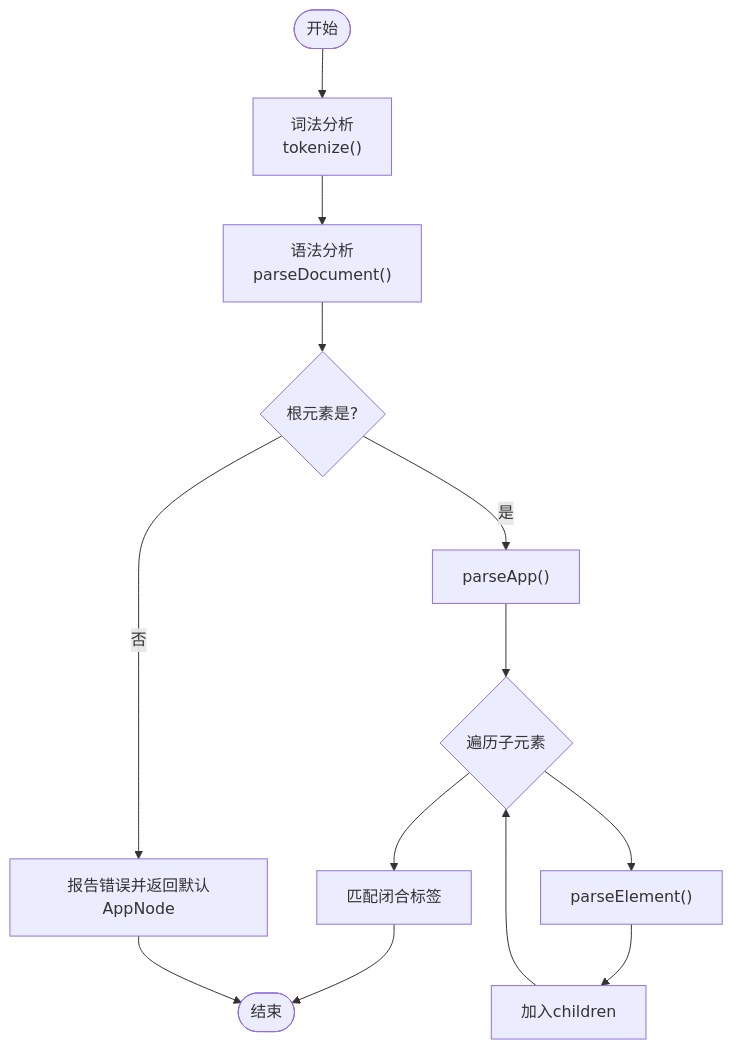
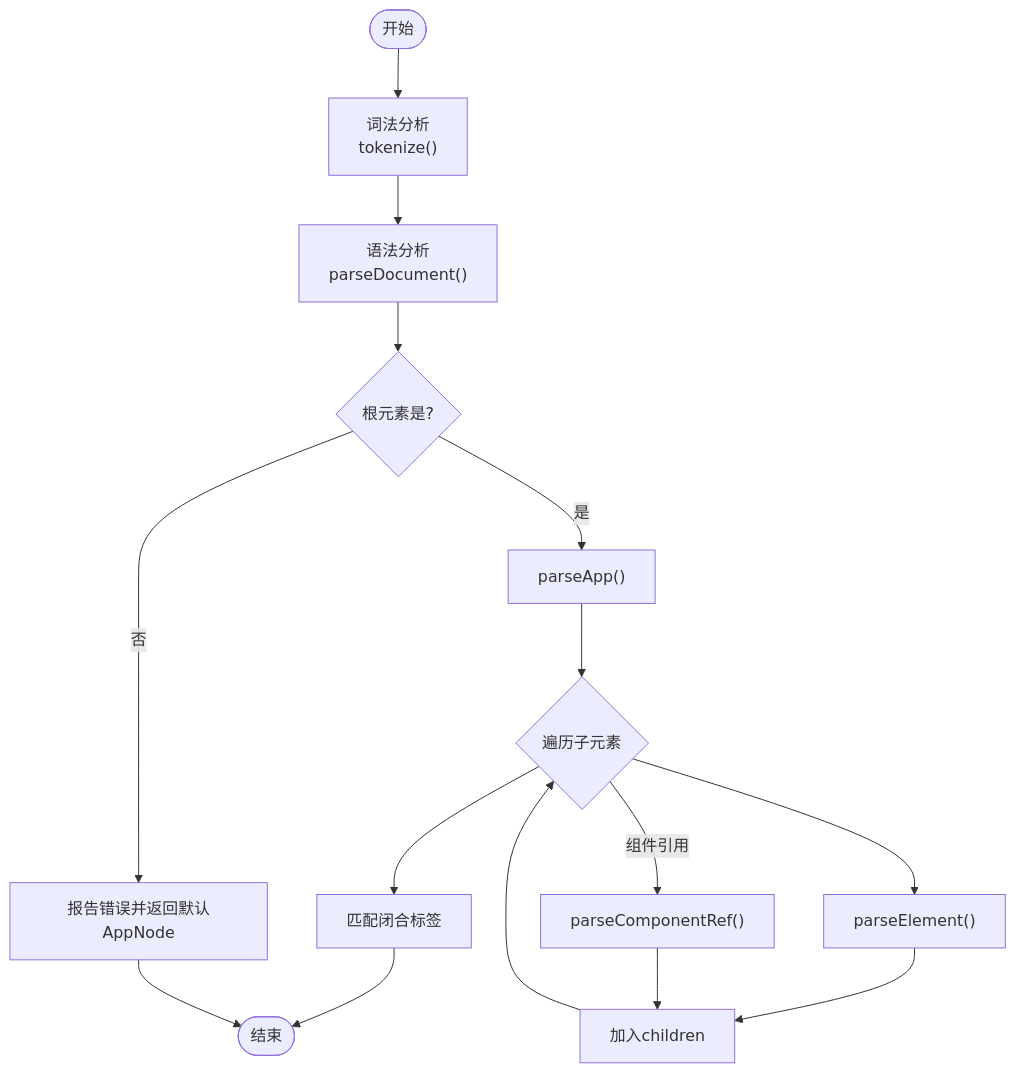
One commit to xingye00186/PHP-Data-UI-Framework-powered-by-swooleAOT changed the fourth of 12 diagrams in .qoder/repowiki/zh/content/SFC编译器系统/SFC编译器系统.md. Above: the diagram before and after it, drawn with Mermaid. The commit also changed other lines of this file and 7 other files, not shown here.

````diff
--- a/.qoder/repowiki/zh/content/SFC编译器系统/SFC编译器系统.md
+++ b/.qoder/repowiki/zh/content/SFC编译器系统/SFC编译器系统.md
@@ -202,15 +248,17 @@
 ```mermaid
 flowchart TD
 Start(["开始"]) --> Tokenize["词法分析<br/>tokenize()"]
 Tokenize --> ParseDoc["语法分析<br/>parseDocument()"]
 ParseDoc --> RootCheck{"根元素是<App>?"}
 RootCheck --> |否| ErrorRoot["报告错误并返回默认AppNode"]
 RootCheck --> |是| ParseApp["parseApp()"]
 ParseApp --> ChildrenLoop{"遍历子元素"}
 ChildrenLoop --> |<rect>/<text>/<grid>/<btn>| ParseChild["parseElement()"]
+ChildrenLoop --> |组件引用| ParseCompRef["parseComponentRef()"]
 ChildrenLoop --> |</app>| CloseTag["匹配闭合标签"]
 ParseChild --> AddChild["加入children"]
+ParseCompRef --> AddChild
 AddChild --> ChildrenLoop
 CloseTag --> Done(["结束"])
 ErrorRoot --> Done
 ```
````
